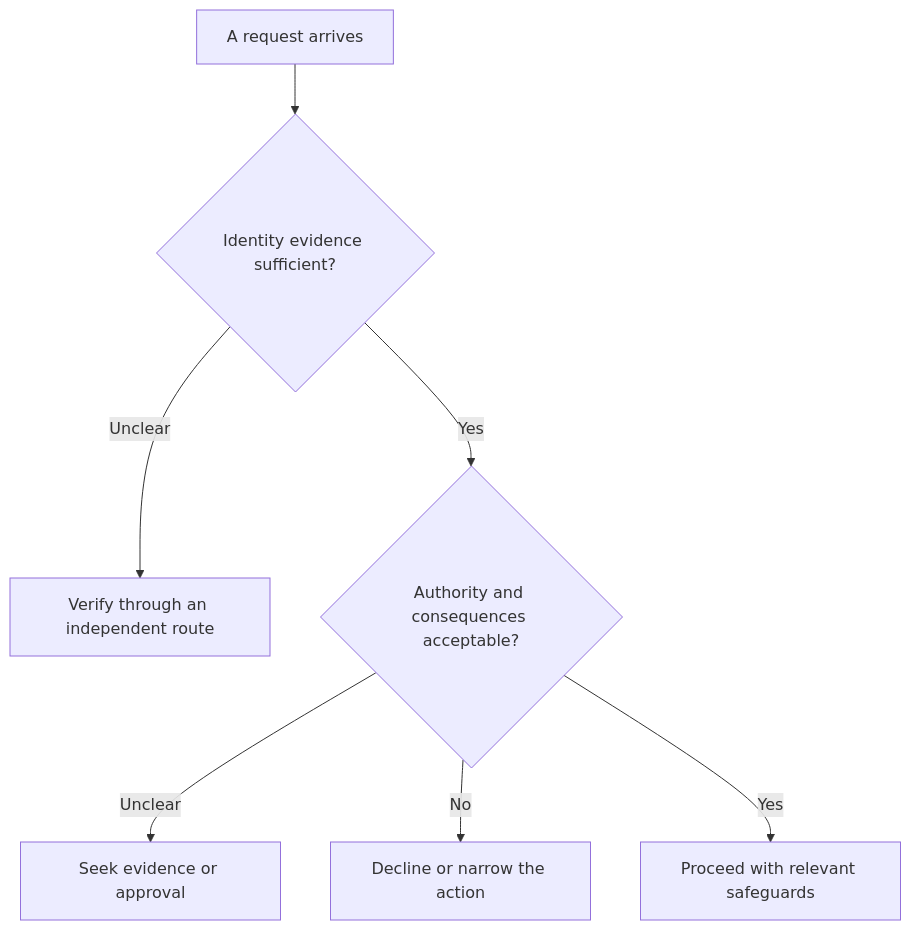
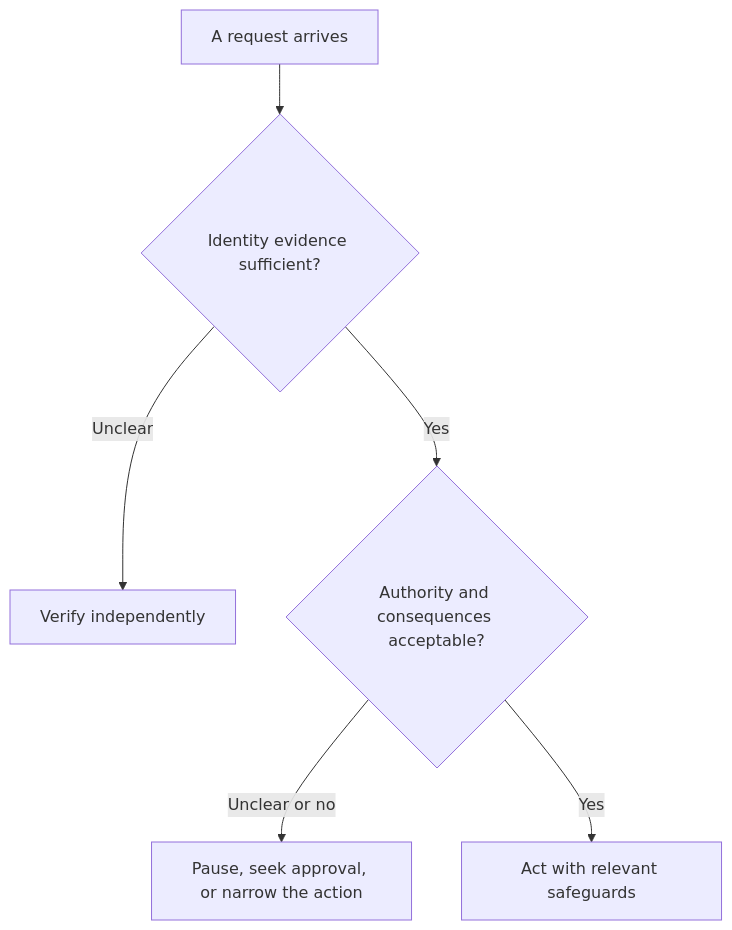
One commit to m3lixir/m3lixir.github.io changed the diagram in _posts/2026-11-16-the-internet-has-a-trust-problem.md. Above: the diagram before and after it, drawn with Mermaid. The commit also changed other lines of this file, not shown here.

````diff
--- a/_posts/2026-11-16-the-internet-has-a-trust-problem.md
+++ b/_posts/2026-11-16-the-internet-has-a-trust-problem.md
@@ -137,9 +111,8 @@
 ```mermaid
 flowchart TD
     A["A request arrives"] --> B{"Identity evidence sufficient?"}
-    B -->|Unclear| C["Verify through an independent route"]
+    B -->|Unclear| C["Verify independently"]
     B -->|Yes| D{"Authority and consequences acceptable?"}
-    D -->|Unclear| E["Seek evidence or approval"]
-    D -->|No| F["Decline or narrow the action"]
-    D -->|Yes| G["Proceed with relevant safeguards"]
+    D -->|Unclear or no| E["Pause, seek approval, or narrow the action"]
+    D -->|Yes| F["Act with relevant safeguards"]
 ```
````
